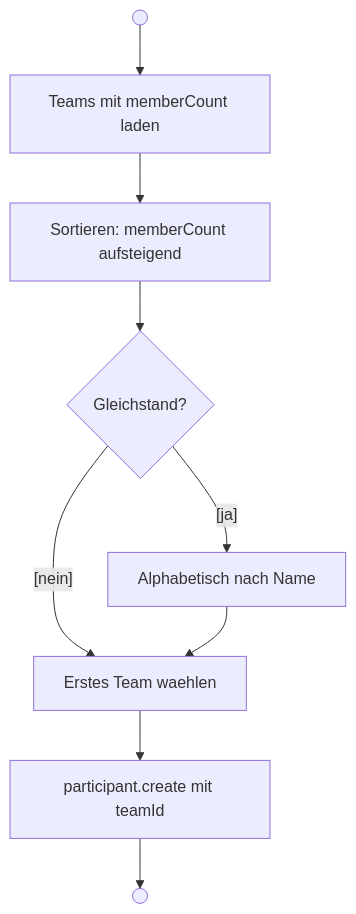
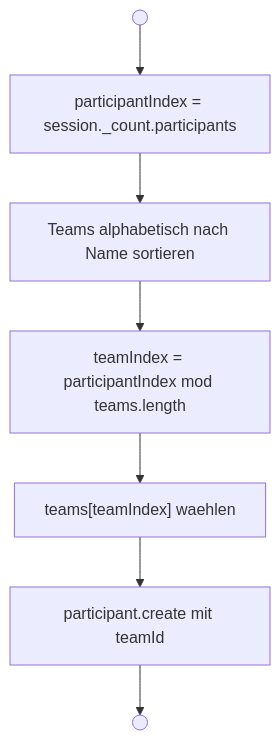
Before and after one commit to kqc-real/arsnova.eu: the sixth of 8 diagrams in docs/features/team-mode.md, drawn with Mermaid. The commit also changed other lines of this file and 9 other files, not shown here.

````diff
--- a/docs/features/team-mode.md
+++ b/docs/features/team-mode.md
@@ -204,11 +205,9 @@
 ```mermaid
 flowchart TD
-  S(( )) --> LOAD["Teams mit memberCount laden"]
-  LOAD --> SORT["Sortieren: memberCount aufsteigend"]
-  SORT --> TIE{"Gleichstand?"}
-  TIE -- "[ja]" --> ALPHA["Alphabetisch nach Name"]
-  TIE -- "[nein]" --> PICK["Erstes Team waehlen"]
-  ALPHA --> PICK
+  S(( )) --> INDEX["participantIndex = session._count.participants"]
+  INDEX --> SORT["Teams alphabetisch nach Name sortieren"]
+  SORT --> MOD["teamIndex = participantIndex mod teams.length"]
+  MOD --> PICK["teams[teamIndex] waehlen"]
   PICK --> ASSIGN["participant.create mit teamId"]
   ASSIGN --> E(( ))
 ```
````
